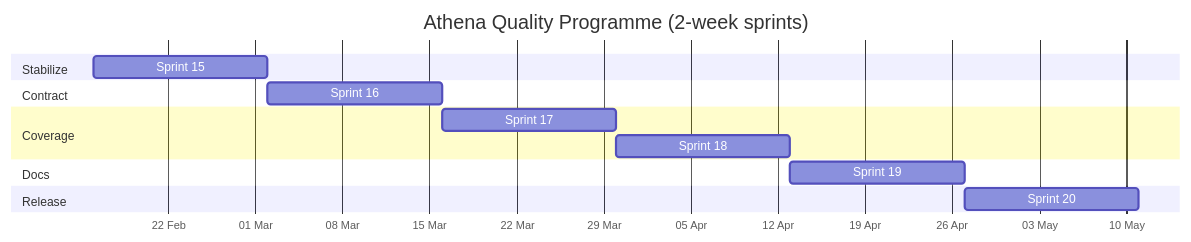
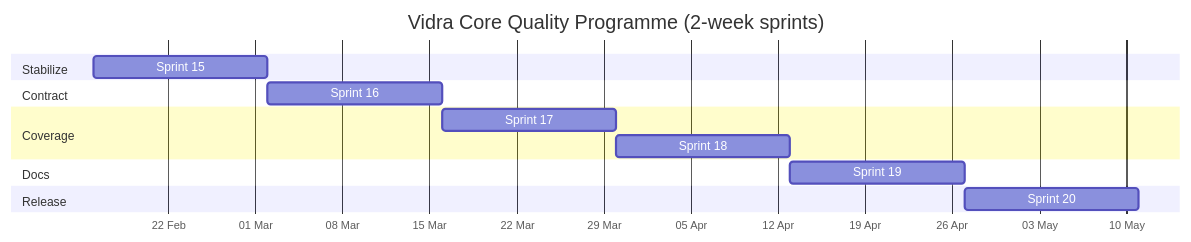
The first of 2 diagrams in docs/sprints/QUALITY_PROGRAMME.md (yegamble/vidra-core), drawn with Mermaid before and after one commit. The commit also changed other lines of this file and 1172 other files, not shown here.

````diff
--- a/docs/sprints/QUALITY_PROGRAMME.md
+++ b/docs/sprints/QUALITY_PROGRAMME.md
@@ -37,22 +37,22 @@
 ```mermaid
 gantt
-  title Athena Quality Programme (2-week sprints)
+  title Vidra Core Quality Programme (2-week sprints)
   dateFormat  YYYY-MM-DD
   axisFormat  %d %b
 
   section Stabilize
   Sprint 15: a1, 2026-02-16, 14d
 
   section Contract
   Sprint 16: b1, after a1, 14d
 
   section Coverage
   Sprint 17: c1, after b1, 14d
   Sprint 18: d1, after c1, 14d
 
   section Docs
   Sprint 19: e1, after d1, 14d
 
   section Release
   Sprint 20: f1, after e1, 14d
 ```
````
